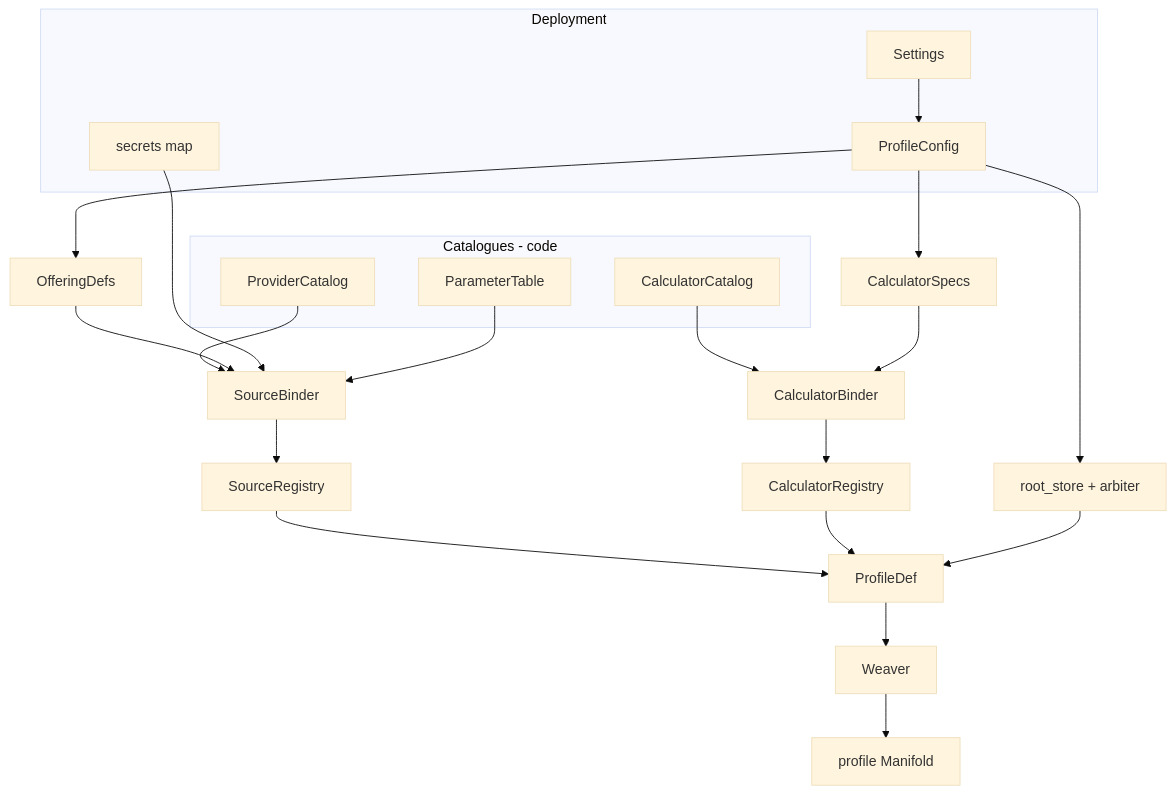
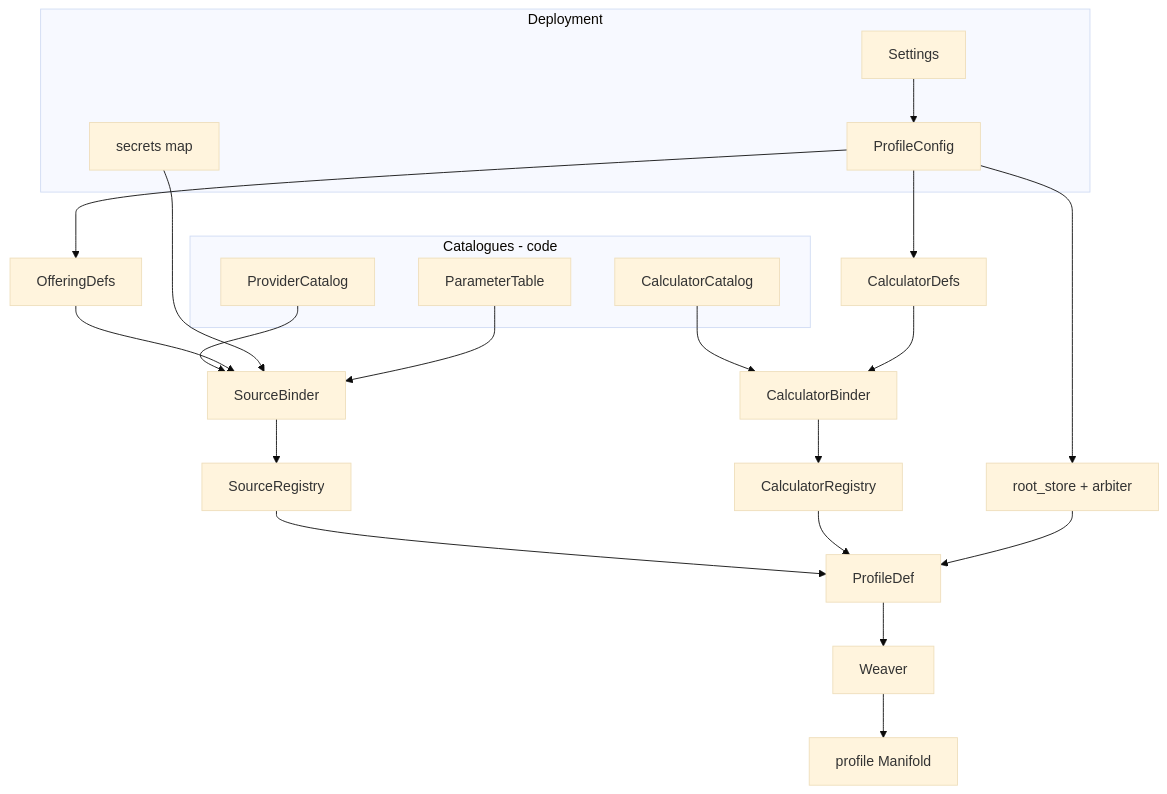
One commit to dveyarangi/meteoscape changed the first of 4 diagrams in docs/adr/0005-build-time-composition.md. Above: the diagram before and after it, drawn with Mermaid (base theme). The commit also changed other lines of this file and 6 other files, not shown here.

````diff
--- a/docs/adr/0005-build-time-composition.md
+++ b/docs/adr/0005-build-time-composition.md
@@ -15,28 +15,28 @@
 ```mermaid
 flowchart TB
   subgraph catalogues [Catalogues - code]
     PC[ProviderCatalog]
     CC[CalculatorCatalog]
     PT[ParameterTable]
   end
   subgraph deploy [Deployment]
     Sec[secrets map]
     Settings --> PC0[ProfileConfig]
   end
   PC0 --> OD[OfferingDefs]
-  PC0 --> CS[CalculatorSpecs]
+  PC0 --> CS[CalculatorDefs]
   PC0 --> RS[root_store + arbiter]
   PC --> SB[SourceBinder]
   OD --> SB
   Sec --> SB
   PT --> SB
   SB --> SR[SourceRegistry]
   CC --> CB[CalculatorBinder]
   CS --> CB
   CB --> CR[CalculatorRegistry]
   SR --> PD[ProfileDef]
   CR --> PD
   RS --> PD
   PD --> Weaver
   Weaver --> M[profile Manifold]
 ```
````
